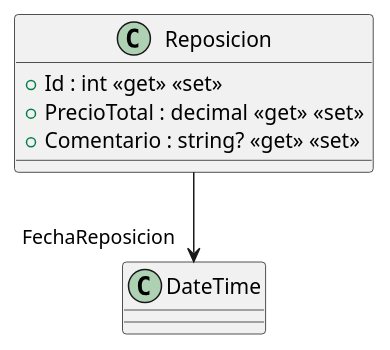
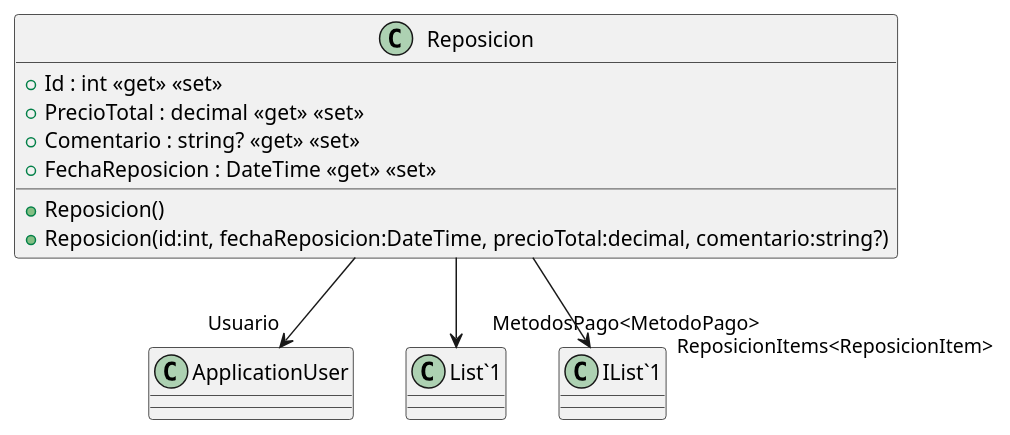
The diagram in src/AppForSEII.API/ClassDiagram/Reposicion.puml (ISII2627NeedMoneyForMac/ISII2627NeedMoneyForMac), drawn with PlantUML before and after one commit. The commit also changed 17 other files, not shown here.

```diff
--- a/src/AppForSEII.API/ClassDiagram/Reposicion.puml
+++ b/src/AppForSEII.API/ClassDiagram/Reposicion.puml
@@ -1,8 +1,13 @@
 @startuml
 class Reposicion {
+    + Reposicion()
+    + Reposicion(id:int, fechaReposicion:DateTime, precioTotal:decimal, comentario:string?)
     + Id : int <<get>> <<set>>
     + PrecioTotal : decimal <<get>> <<set>>
     + Comentario : string? <<get>> <<set>>
+    + FechaReposicion : DateTime <<get>> <<set>>
 }
-Reposicion --> "FechaReposicion" DateTime
+Reposicion --> "Usuario" ApplicationUser
+Reposicion --> "MetodosPago<MetodoPago>" "List`1"
+Reposicion --> "ReposicionItems<ReposicionItem>" "IList`1"
 @enduml
```
